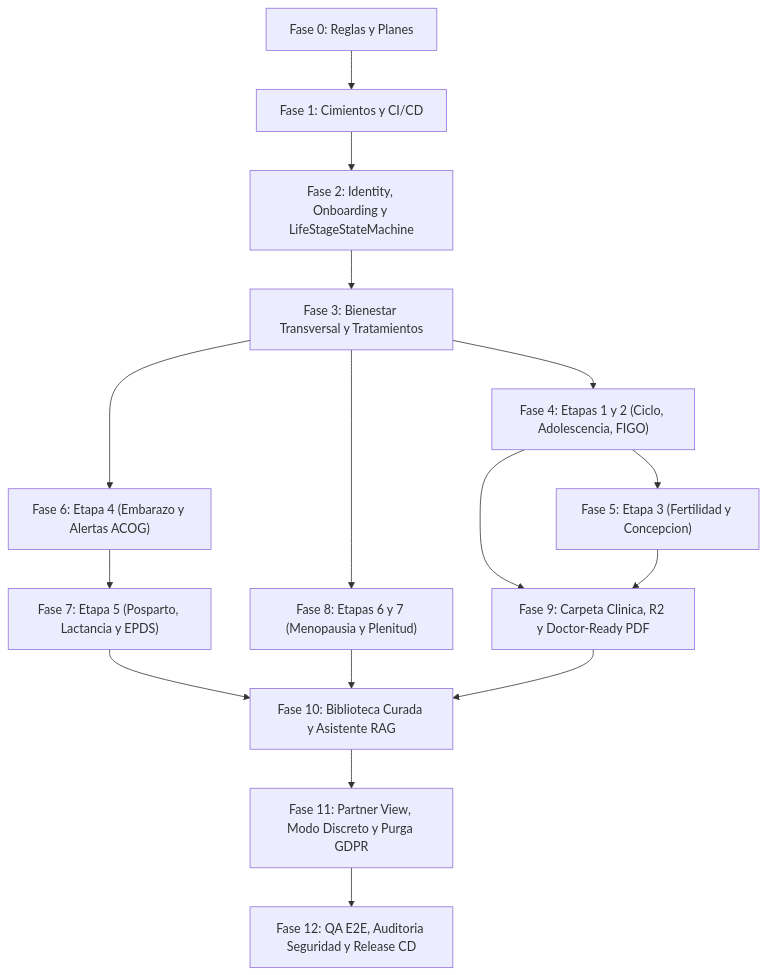
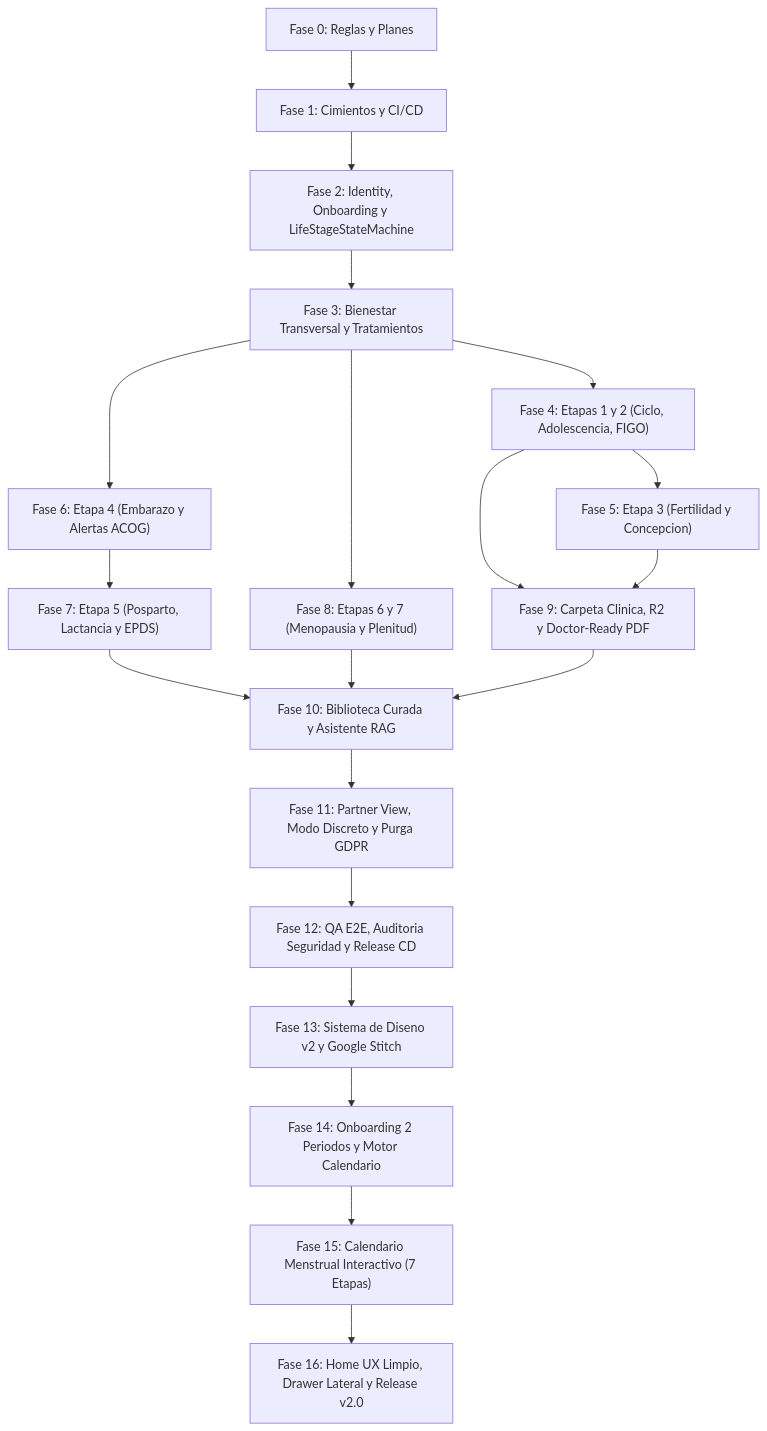
Before and after one commit to eduardoevz/Cora: the diagram in docs/phases/README.md, drawn with Mermaid. The commit also changed other lines of this file and 4 other files, not shown here.

Commit message:
docs(plan): extend master roadmap with phases 13-16 for Stitch design, menstrual calendar, and home UX

````diff
--- a/docs/phases/README.md
+++ b/docs/phases/README.md
@@ -44,18 +48,22 @@
 ```mermaid
 flowchart TD
     P0["Fase 0: Reglas y Planes"] --> P1["Fase 1: Cimientos y CI/CD"]
     P1 --> P2["Fase 2: Identity, Onboarding y LifeStageStateMachine"]
     P2 --> P3["Fase 3: Bienestar Transversal y Tratamientos"]
     P3 --> P4["Fase 4: Etapas 1 y 2 (Ciclo, Adolescencia, FIGO)"]
     P4 --> P5["Fase 5: Etapa 3 (Fertilidad y Concepcion)"]
     P3 --> P6["Fase 6: Etapa 4 (Embarazo y Alertas ACOG)"]
     P6 --> P7["Fase 7: Etapa 5 (Posparto, Lactancia y EPDS)"]
     P3 --> P8["Fase 8: Etapas 6 y 7 (Menopausia y Plenitud)"]
     P4 --> P9["Fase 9: Carpeta Clinica, R2 y Doctor-Ready PDF"]
     P5 --> P9
     P7 --> P10["Fase 10: Biblioteca Curada y Asistente RAG"]
     P8 --> P10
     P9 --> P10
     P10 --> P11["Fase 11: Partner View, Modo Discreto y Purga GDPR"]
     P11 --> P12["Fase 12: QA E2E, Auditoria Seguridad y Release CD"]
+    P12 --> P13["Fase 13: Sistema de Diseno v2 y Google Stitch"]
+    P13 --> P14["Fase 14: Onboarding 2 Periodos y Motor Calendario"]
+    P14 --> P15["Fase 15: Calendario Menstrual Interactivo (7 Etapas)"]
+    P15 --> P16["Fase 16: Home UX Limpio, Drawer Lateral y Release v2.0"]
 ```
````
